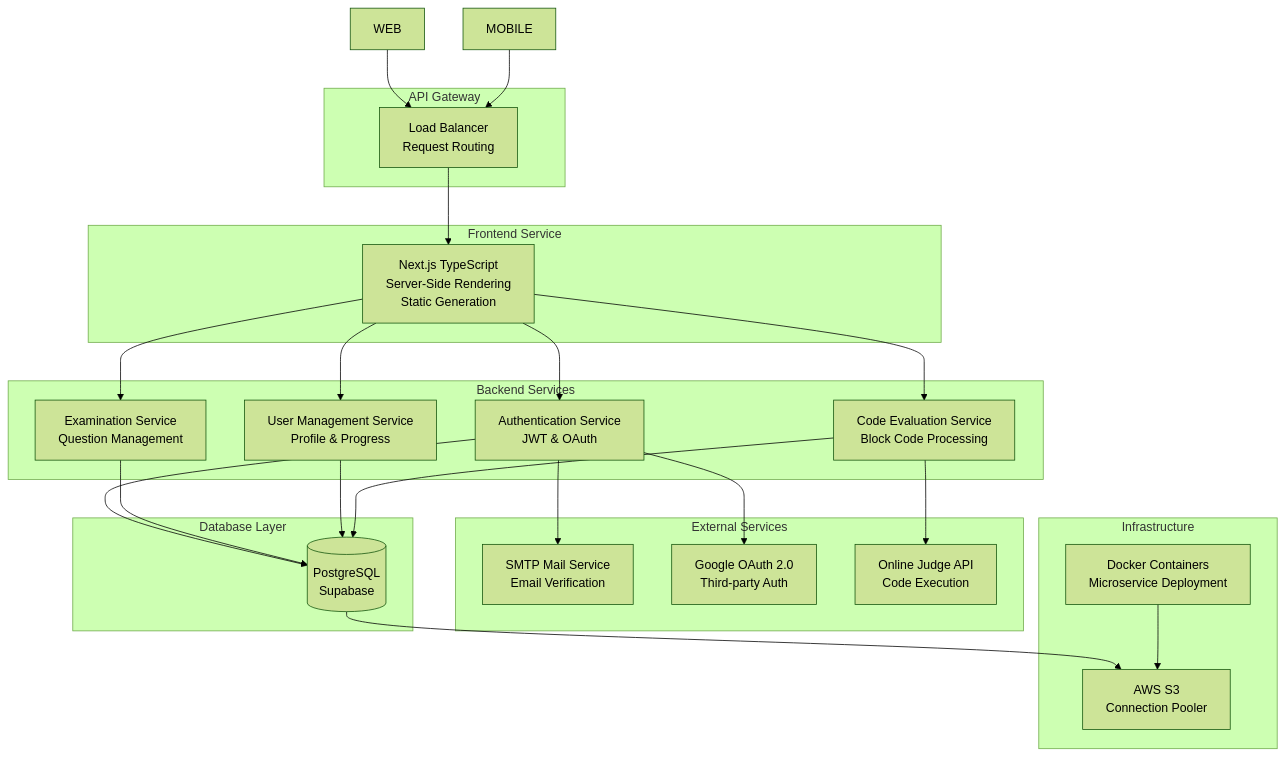
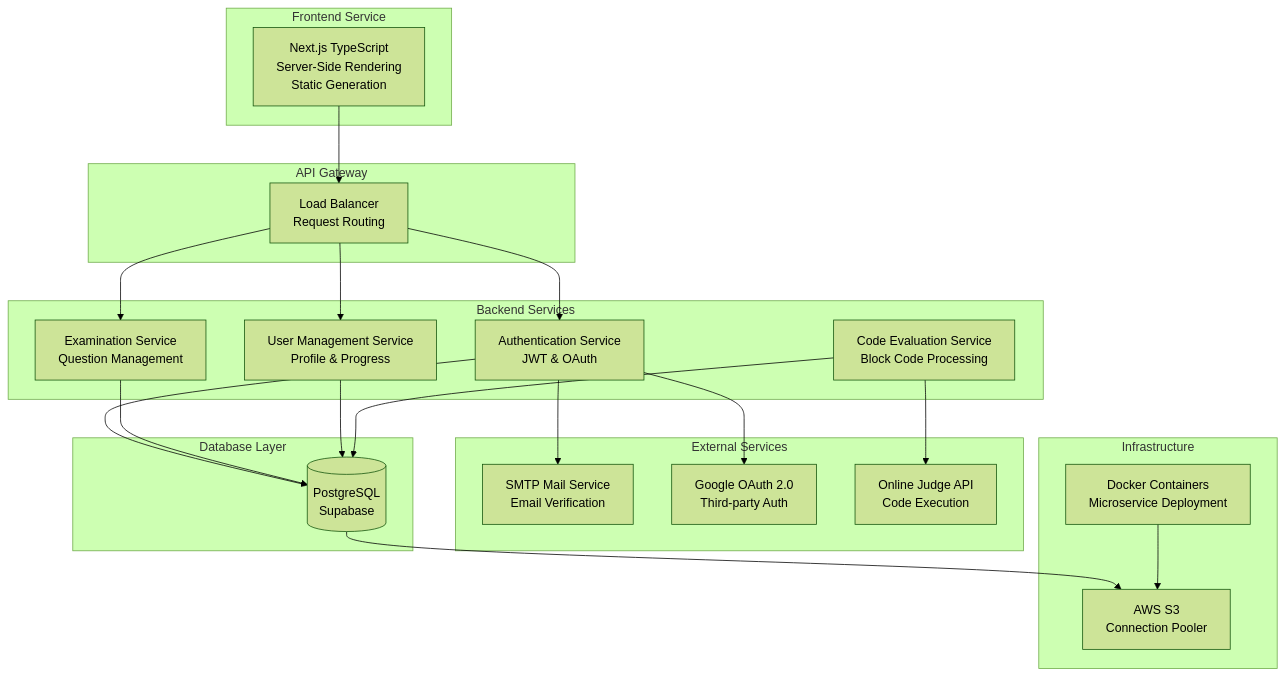
The first of 9 diagrams in README.md (abdanhafidz/pweb-eas), drawn with Mermaid (forest theme) before and after one commit. The commit also changed other lines of this file, not shown here.

````diff
--- a/README.md
+++ b/README.md
@@ -33,50 +33,48 @@
 ```mermaid
 graph TB
     subgraph "Frontend Service"
         FE[Next.js TypeScript<br/>Server-Side Rendering<br/>Static Generation]
     end
     subgraph "API Gateway"
         GATEWAY[Load Balancer<br/>Request Routing]
     end
     subgraph "Backend Services"
         AUTH[Authentication Service<br/>JWT & OAuth]
         EXAM[Examination Service<br/>Question Management]
         USER[User Management Service<br/>Profile & Progress]
         EVAL[Code Evaluation Service<br/>Block Code Processing]
     end
     
     subgraph "Database Layer"
         POSTGRES[(PostgreSQL<br/>Supabase)]
     end
     
     subgraph "External Services"
         MAIL[SMTP Mail Service<br/>Email Verification]
         OAUTH[Google OAuth 2.0<br/>Third-party Auth]
         JUDGE[Online Judge API<br/>Code Execution]
     end
     
     subgraph "Infrastructure"
         AWS[AWS S3<br/>Connection Pooler]
         DOCKER[Docker Containers<br/>Microservice Deployment]
     end
     
-    WEB --> GATEWAY
-    MOBILE --> GATEWAY
-    GATEWAY --> FE
-    FE --> AUTH
-    FE --> EXAM
-    FE --> USER
-    FE --> EVAL
+
+    FE --> GATEWAY
+    GATEWAY --> AUTH
+    GATEWAY --> EXAM
+    GATEWAY --> USER
     
     AUTH --> POSTGRES
     EXAM --> POSTGRES
     USER --> POSTGRES
     EVAL --> POSTGRES
     
     AUTH --> MAIL
     AUTH --> OAUTH
     EVAL --> JUDGE
     
     POSTGRES --> AWS
     DOCKER --> AWS
 ```
````
